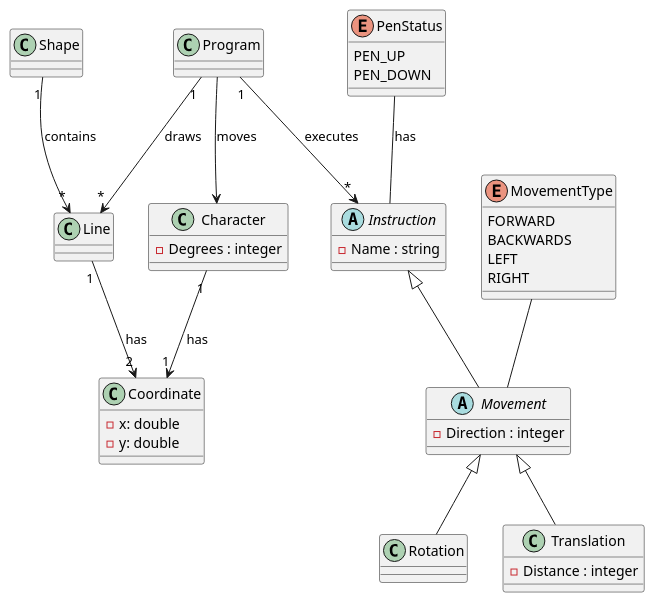
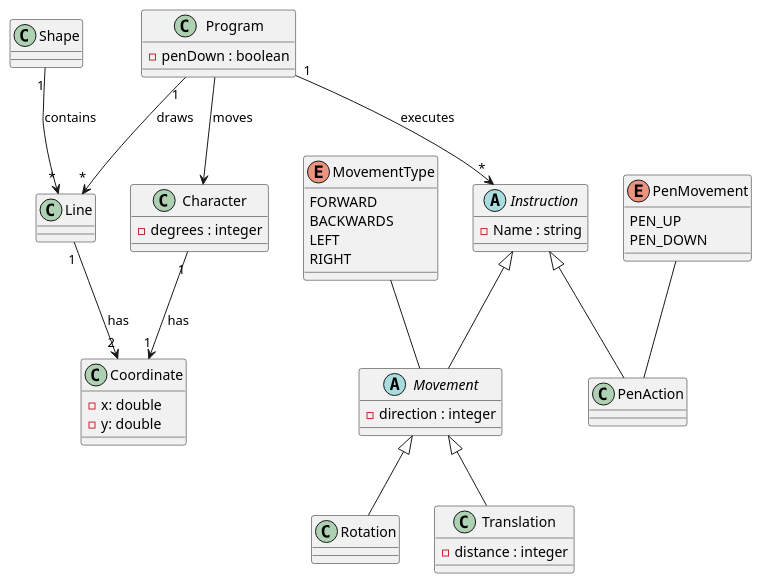
The diagram in UML/Domain Diagram.puml (eab98/Scratch), drawn with PlantUML before and after one commit.

Commit message:
feat(UML): ajout de PenAction dans l'UML

```diff
--- a/UML/Domain Diagram.puml
+++ b/UML/Domain Diagram.puml
@@ -1,61 +1,68 @@
 @startuml
 
-class Program {}
+class Program {
+        - penDown : boolean
+}
 
 class Character {
-        - Degrees : integer
+        - degrees : integer
 
     }
 class Coordinate {
     - x: double
     - y: double
 }
 
 abstract class Instruction {
     - Name : string
 }
-enum PenStatus {
+enum PenMovement {
     PEN_UP
     PEN_DOWN
 }
 
 
 abstract class Movement extends Instruction {
-     - Direction : integer
+     - direction : integer
      }
 
 
 class Rotation extends Movement
+
 class Translation extends Movement {
-    - Distance : integer
+    - distance : integer
     }
 
 class Line {
 }
 
 class Shape {
+
+}
+
+class PenAction extends Instruction {
 
 }
 
 
 enum MovementType {
     FORWARD
     BACKWARDS
     LEFT
     RIGHT
 }
 
 
 
 ' --- RELATIONS --- '
 
 MovementType -- Movement
 Character "1" --> "1" Coordinate : has
 Program --> Character :  moves
 Program "1" --> "*" Instruction : executes
 Shape "1" --> "*" Line : contains
 Program "1" --> "*" Line : draws
 Line "1" --> "2" Coordinate : has
-PenStatus -- Instruction : has
+PenMovement -- PenAction
 
 @end
```
